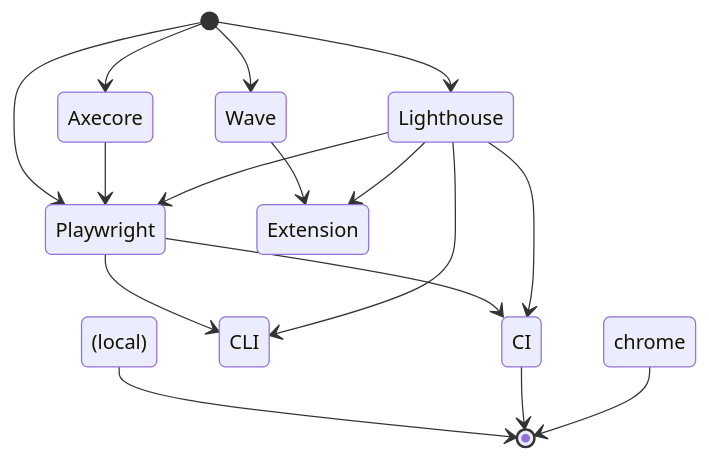
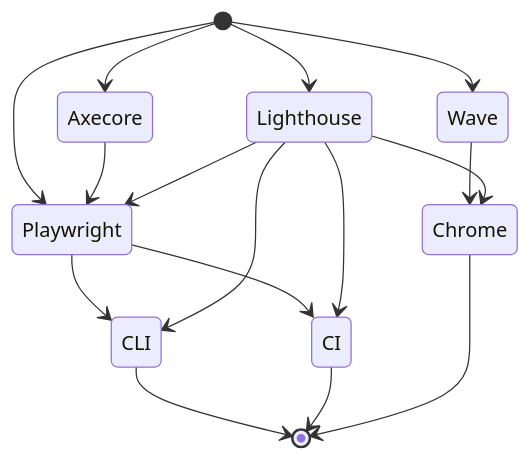
One commit to gsoulie/Mobile-App-Development changed the third of 3 diagrams in resources/Mobile App Resources and tools.md. Above: the diagram before and after it, drawn with Mermaid.

Commit message:
Update resource references for Playwright and Lighthouse

`````diff
--- a/resources/Mobile App Resources and tools.md
+++ b/resources/Mobile App Resources and tools.md
@@ -50,20 +50,20 @@
 ````mermaid
 stateDiagram-v2
   [*] --> Playwright
   [*] --> Lighthouse
   [*] --> Axecore
   [*] --> Wave
 
   Playwright --> CI
-  Playwright --> CLI (local)
+  Playwright --> CLI
   Axecore --> Playwright
-  Wave --> Extension chrome
-  Lighthouse --> Extension chrome
+  Wave --> Chrome
+  Lighthouse --> Chrome
   Lighthouse --> Playwright
   Lighthouse --> CI
-  Lighthouse --> CLI (local)
-  CLI (local) --> [*]
+  Lighthouse --> CLI
+  CLI --> [*]
   CI --> [*]
-  Extension chrome --> [*]
+  Chrome --> [*]
   
 ````
`````
